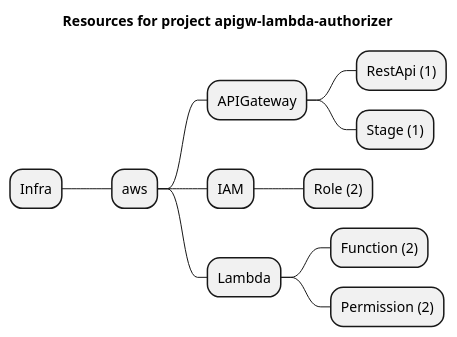
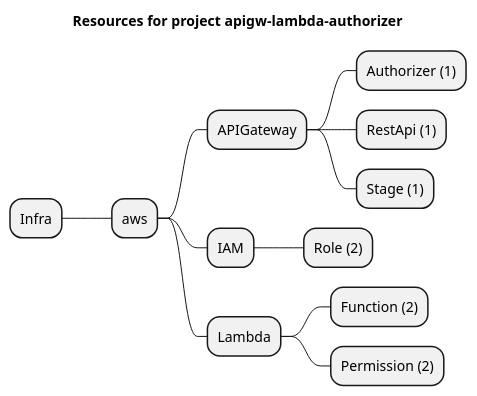
One commit to grucloud/grucloud changed the diagram in examples/aws/APIGateway/apigw-lambda-authorizer/artifacts/resources-mindmap.puml. Above: the diagram before and after it, drawn with PlantUML. The commit also changed 123 other files, not shown here.

```diff
--- a/examples/aws/APIGateway/apigw-lambda-authorizer/artifacts/resources-mindmap.puml
+++ b/examples/aws/APIGateway/apigw-lambda-authorizer/artifacts/resources-mindmap.puml
@@ -1,14 +1,15 @@
 @startmindmap
 title Resources for project apigw-lambda-authorizer
 skinparam monochrome true
 + Infra
 ++ aws
 +++ APIGateway
+++++ Authorizer (1)
 ++++ RestApi (1)
 ++++ Stage (1)
 +++ IAM
 ++++ Role (2)
 +++ Lambda
 ++++ Function (2)
 ++++ Permission (2)
 @endmindmap
```
